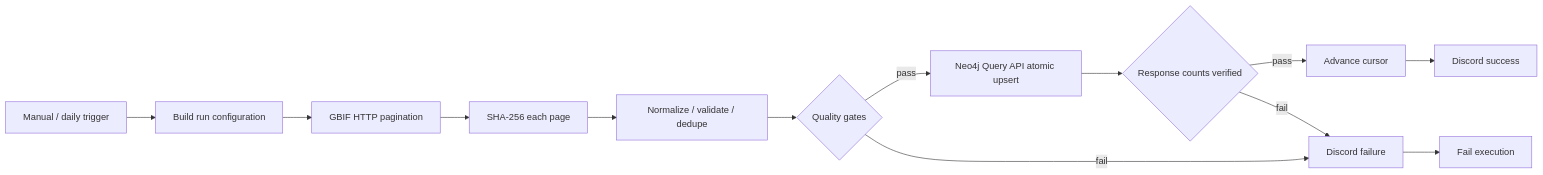
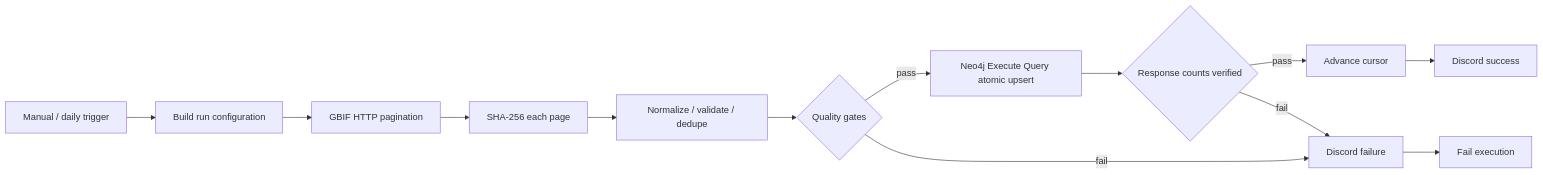
One commit to EvoDmiK/RobinGraph changed the diagram in docs/n8n/README.md. Above: the diagram before and after it, drawn with Mermaid. The commit also changed other lines of this file and 6 other files, not shown here.

````diff
--- a/docs/n8n/README.md
+++ b/docs/n8n/README.md
@@ -11,15 +11,15 @@
 ```mermaid
 flowchart LR
   T[Manual / daily trigger] --> C[Build run configuration]
   C --> G[GBIF HTTP pagination]
   G --> H[SHA-256 each page]
   H --> N[Normalize / validate / dedupe]
   N --> Q{Quality gates}
-  Q -->|pass| DB[Neo4j Query API atomic upsert]
+  Q -->|pass| DB[Neo4j Execute Query atomic upsert]
   Q -->|fail| F[Discord failure]
   DB --> V{Response counts verified}
   V -->|pass| S[Advance cursor]
   V -->|fail| F
   S --> D[Discord success]
   F --> E[Fail execution]
 ```
````
